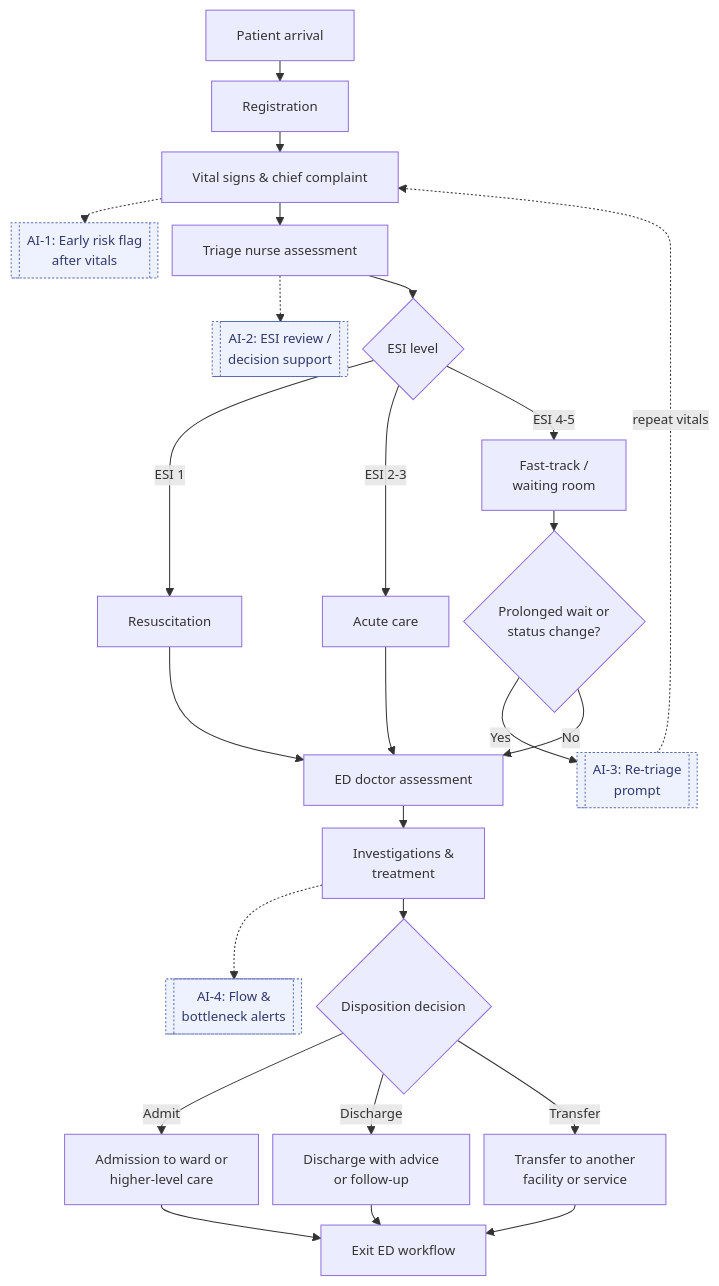
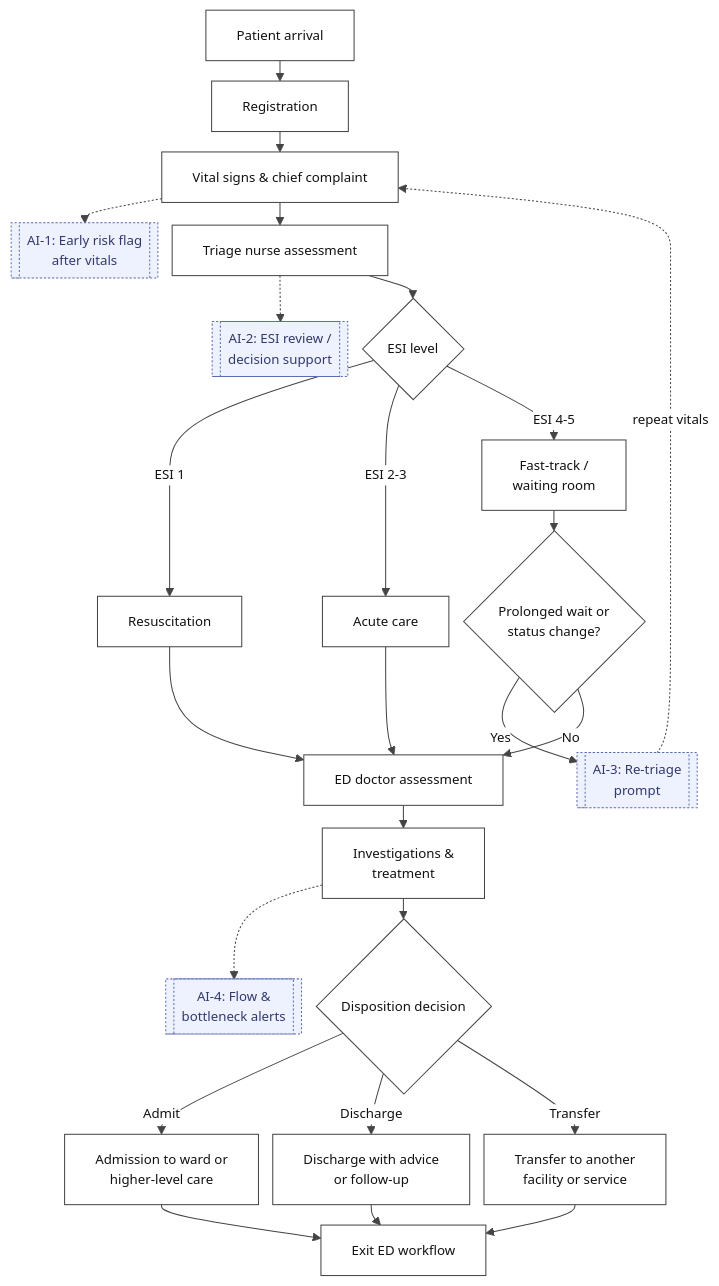
Before and after one commit to Kari-2005/carisurg-portfolio: the diagram in docs/Week3/Final_Week3workflow.md, drawn with Mermaid.

````diff
--- a/docs/Week3/Final_Week3workflow.md
+++ b/docs/Week3/Final_Week3workflow.md
@@ -1,40 +1,57 @@
 ```mermaid
-%%{init: {'flowchart': {'nodeSpacing': 14, 'rankSpacing': 20, 'curve': 'basis'}, 'themeVariables': {'fontSize': '13px'}}}%%
+%%{init: {
+  'theme': 'base',
+  'themeVariables': {
+    'background': '#ffffff',
+    'primaryColor': '#ffffff',
+    'primaryTextColor': '#111111',
+    'primaryBorderColor': '#444444',
+    'lineColor': '#444444',
+    'secondaryColor': '#ffffff',
+    'tertiaryColor': '#ffffff',
+    'fontSize': '13px'
+  },
+  'flowchart': {
+    'nodeSpacing': 14,
+    'rankSpacing': 20,
+    'curve': 'basis'
+  }
+}}%%
 flowchart TD
     A[Patient arrival] --> B[Registration]
     B --> C[Vital signs & chief complaint]
 
     C -.-> P1[["AI-1: Early risk flag<br/>after vitals"]]
     C --> D[Triage nurse assessment]
 
     D -.-> P2[["AI-2: ESI review /<br/>decision support"]]
     D --> E{ESI level}
 
     E -->|ESI 1| F[Resuscitation]
     E -->|ESI 2-3| G[Acute care]
     E -->|ESI 4-5| H[Fast-track /<br/>waiting room]
 
     H --> I{Prolonged wait or<br/>status change?}
     I -->|Yes| P3[["AI-3: Re-triage<br/>prompt"]]
     I -->|No| J[ED doctor assessment]
 
     F --> J
     G --> J
 
     J --> K[Investigations &<br/>treatment]
     K -.-> P4[["AI-4: Flow &<br/>bottleneck alerts"]]
     K --> L{Disposition decision}
 
     L -->|Admit| M[Admission to ward or<br/>higher-level care]
     L -->|Discharge| N[Discharge with advice<br/>or follow-up]
     L -->|Transfer| O[Transfer to another<br/>facility or service]
 
     M --> Q[Exit ED workflow]
     N --> Q
     O --> Q
 
     P3 -.->|repeat vitals| C
 
     classDef ai fill:#eef2ff,stroke:#5b6bb0,stroke-dasharray: 2 2,color:#33396b;
     class P1,P2,P3,P4 ai;
 ```
````
